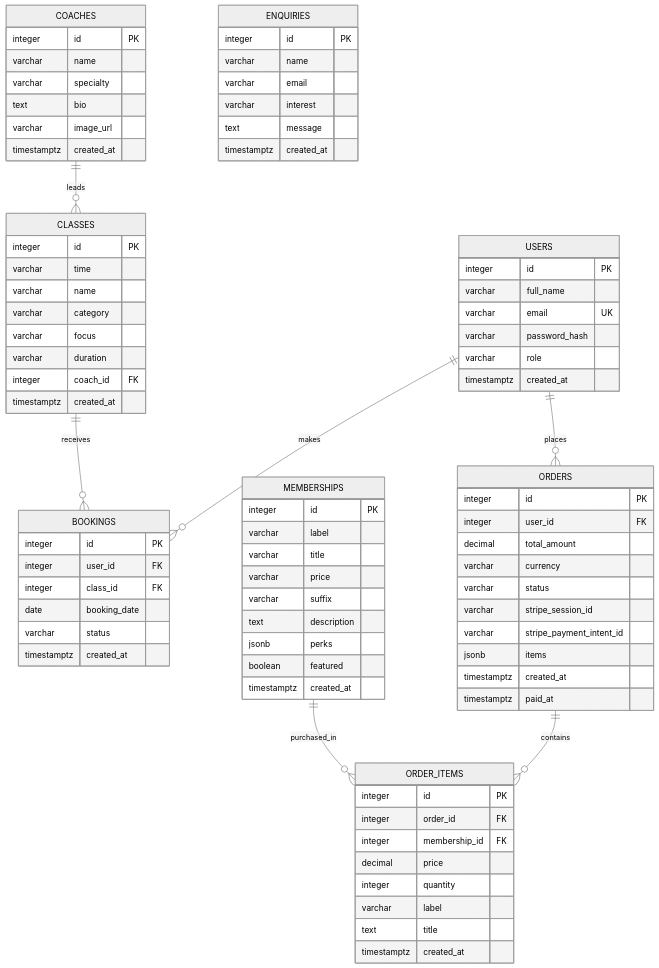
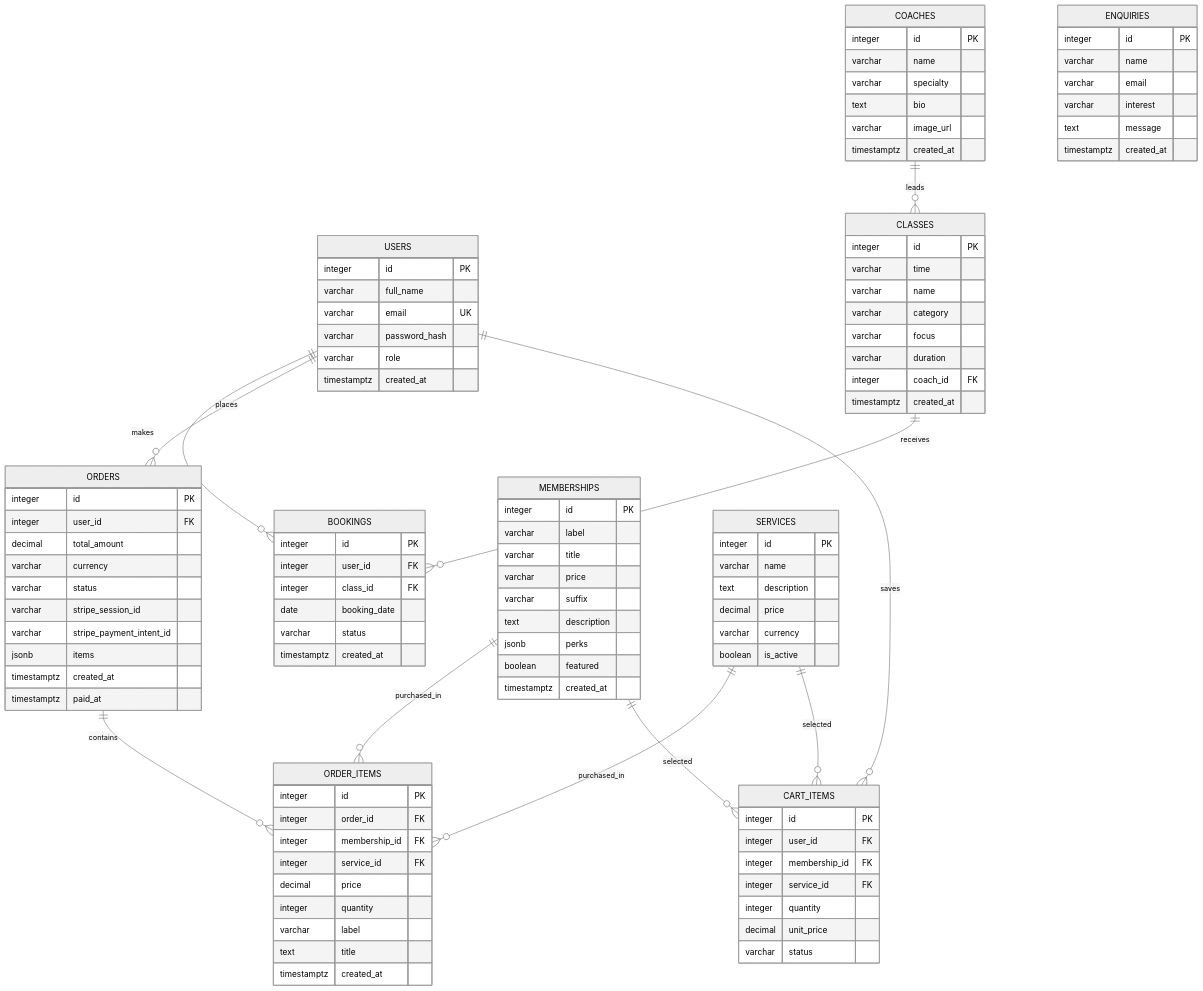
The diagram in server/docs/schema.md (cyprian-c/nrb-fit), drawn with Mermaid (neutral theme) before and after one commit. The commit also changed other lines of this file and 48 other files, not shown here.

```diff
--- a/server/docs/schema.md
+++ b/server/docs/schema.md
@@ -16,10 +17,14 @@
 erDiagram
     USERS ||--o{ BOOKINGS : makes
     USERS ||--o{ ORDERS : places
+    USERS ||--o{ CART_ITEMS : saves
     CLASSES ||--o{ BOOKINGS : receives
     COACHES ||--o{ CLASSES : leads
     ORDERS ||--o{ ORDER_ITEMS : contains
     MEMBERSHIPS ||--o{ ORDER_ITEMS : purchased_in
+    MEMBERSHIPS ||--o{ CART_ITEMS : selected
+    SERVICES ||--o{ ORDER_ITEMS : purchased_in
+    SERVICES ||--o{ CART_ITEMS : selected
 
     USERS {
         integer id PK
@@ -47,11 +52,31 @@
         integer id PK
         integer order_id FK
         integer membership_id FK
+        integer service_id FK
         decimal price
         integer quantity
         varchar label
         text title
         timestamptz created_at
+    }
+
+    SERVICES {
+        integer id PK
+        varchar name
+        text description
+        decimal price
+        varchar currency
+        boolean is_active
+    }
+
+    CART_ITEMS {
+        integer id PK
+        integer user_id FK
+        integer membership_id FK
+        integer service_id FK
+        integer quantity
+        decimal unit_price
+        varchar status
     }
 
     COACHES {
```
